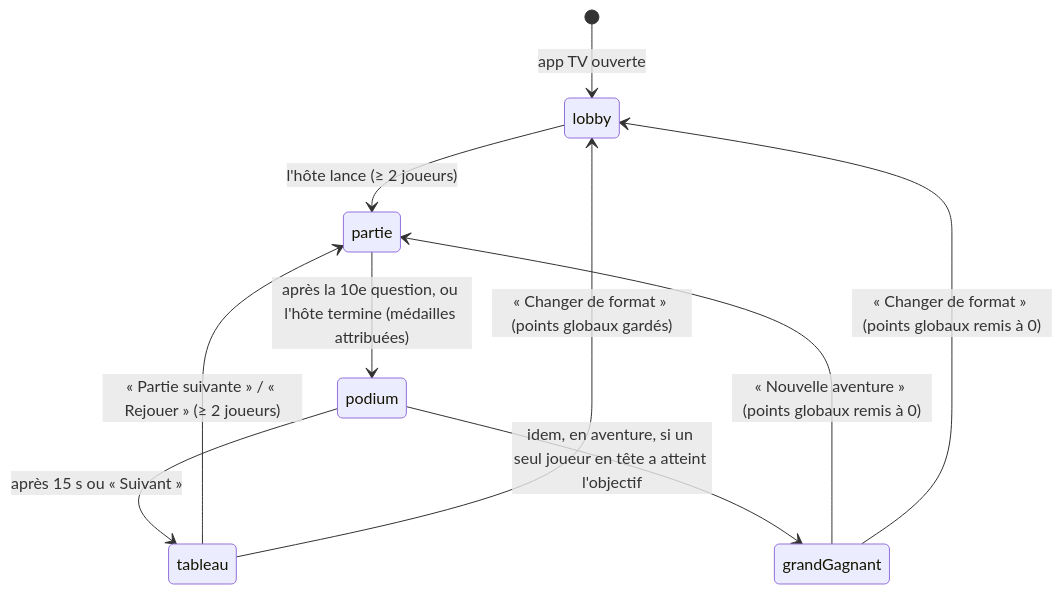
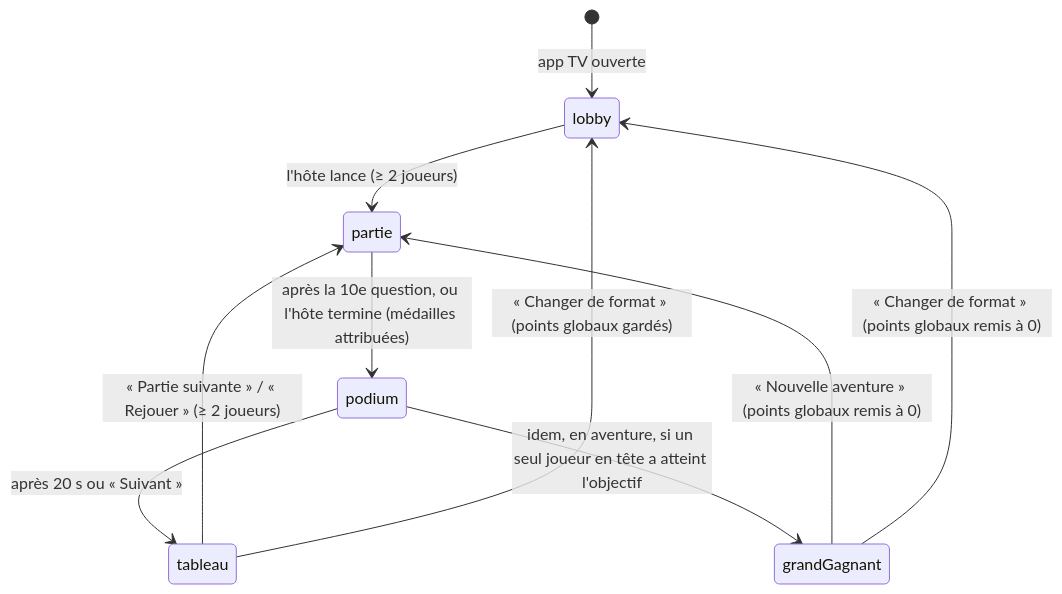
One commit to pdroquemaurel-stack/Quiz-TV-Jeu-de-soir-e changed the first of 2 diagrams in docs/spec.md. Above: the diagram before and after it, drawn with Mermaid. The commit also changed other lines of this file and 15 other files, not shown here.

````diff
--- a/docs/spec.md
+++ b/docs/spec.md
@@ -15,12 +15,12 @@
 ```mermaid
 stateDiagram-v2
     [*] --> lobby: app TV ouverte
     lobby --> partie: l'hôte lance (≥ 2 joueurs)
     partie --> podium: après la 10e question, ou l'hôte termine (médailles attribuées)
-    podium --> tableau: après 15 s ou « Suivant »
+    podium --> tableau: après 20 s ou « Suivant »
     podium --> grandGagnant: idem, en aventure, si un seul joueur en tête a atteint l'objectif
     tableau --> partie: « Partie suivante » / « Rejouer » (≥ 2 joueurs)
     tableau --> lobby: « Changer de format » (points globaux gardés)
     grandGagnant --> partie: « Nouvelle aventure » (points globaux remis à 0)
     grandGagnant --> lobby: « Changer de format » (points globaux remis à 0)
 ```
````
